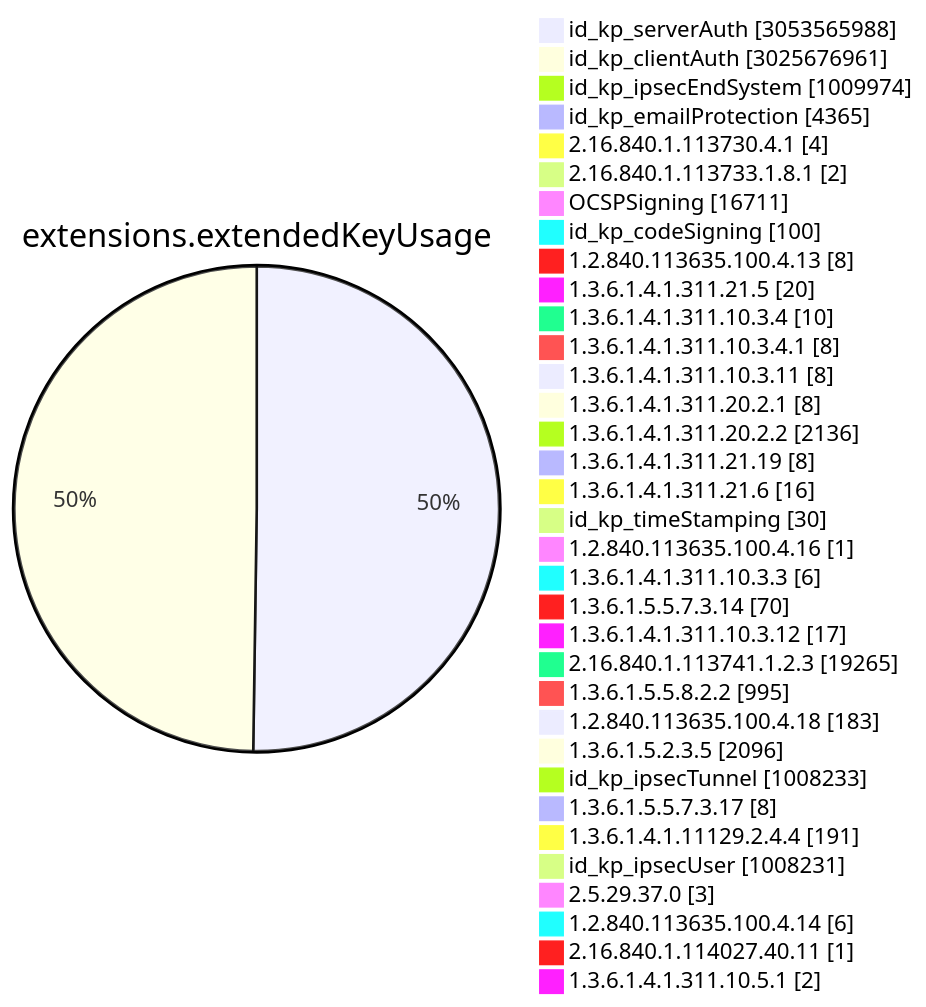
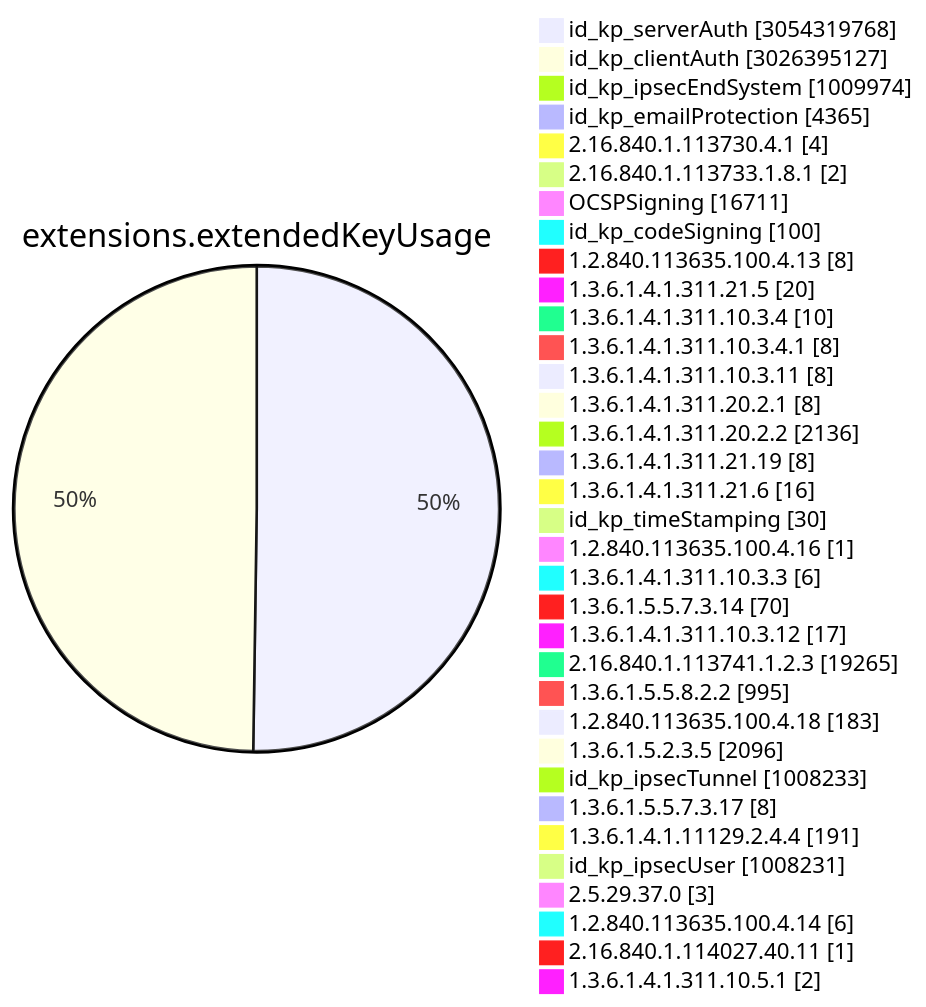
Before and after one commit to christiankrug/ctmonitor_visualization: diagram 11 of 15 in TOTAL/README.md, drawn with Mermaid. The commit also changed other lines of this file, not shown here.

````diff
--- a/TOTAL/README.md
+++ b/TOTAL/README.md
@@ -4117,38 +4117,38 @@
 ```mermaid
 pie showData
 title extensions.extendedKeyUsage
-"id_kp_serverAuth" :3053565988
-"id_kp_clientAuth" :3025676961
+"id_kp_serverAuth" :3054319768
+"id_kp_clientAuth" :3026395127
 "id_kp_ipsecEndSystem" :1009974
 "id_kp_emailProtection" :4365
 "2.16.840.1.113730.4.1" :4
 "2.16.840.1.113733.1.8.1" :2
 "OCSPSigning" :16711
 "id_kp_codeSigning" :100
 "1.2.840.113635.100.4.13" :8
 "1.3.6.1.4.1.311.21.5" :20
 "1.3.6.1.4.1.311.10.3.4" :10
 "1.3.6.1.4.1.311.10.3.4.1" :8
 "1.3.6.1.4.1.311.10.3.11" :8
 "1.3.6.1.4.1.311.20.2.1" :8
 "1.3.6.1.4.1.311.20.2.2" :2136
 "1.3.6.1.4.1.311.21.19" :8
 "1.3.6.1.4.1.311.21.6" :16
 "id_kp_timeStamping" :30
 "1.2.840.113635.100.4.16" :1
 "1.3.6.1.4.1.311.10.3.3" :6
 "1.3.6.1.5.5.7.3.14" :70
 "1.3.6.1.4.1.311.10.3.12" :17
 "2.16.840.1.113741.1.2.3" :19265
 "1.3.6.1.5.5.8.2.2" :995
 "1.2.840.113635.100.4.18" :183
 "1.3.6.1.5.2.3.5" :2096
 "id_kp_ipsecTunnel" :1008233
 "1.3.6.1.5.5.7.3.17" :8
 "1.3.6.1.4.1.11129.2.4.4" :191
 "id_kp_ipsecUser" :1008231
 "2.5.29.37.0" :3
 "1.2.840.113635.100.4.14" :6
 "2.16.840.1.114027.40.11" :1
 "1.3.6.1.4.1.311.10.5.1" :2
 ```
````
